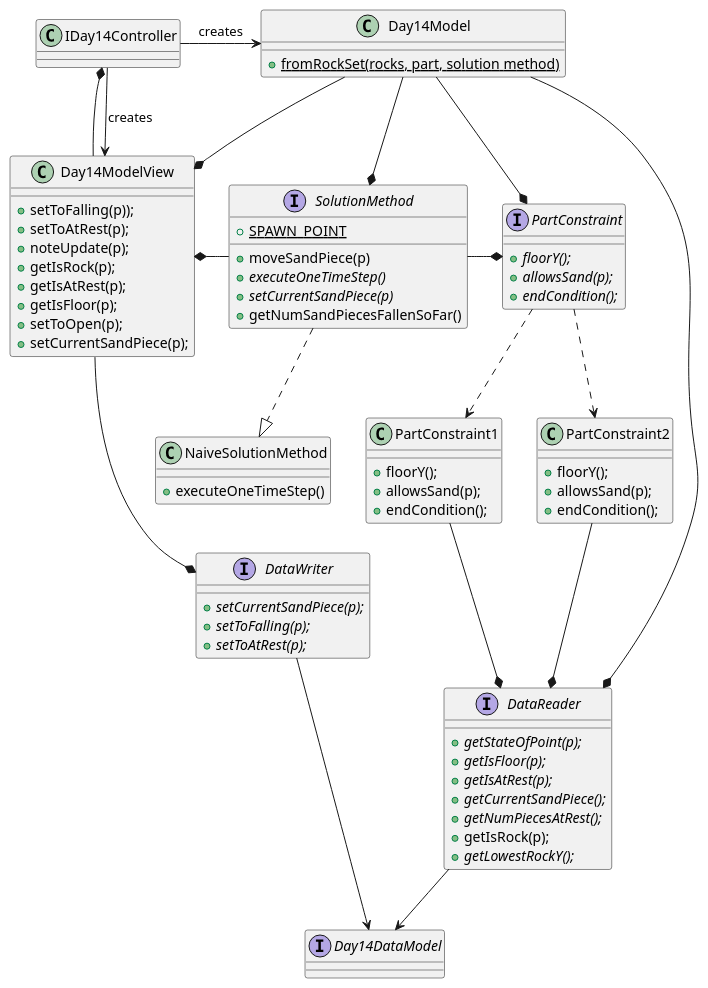
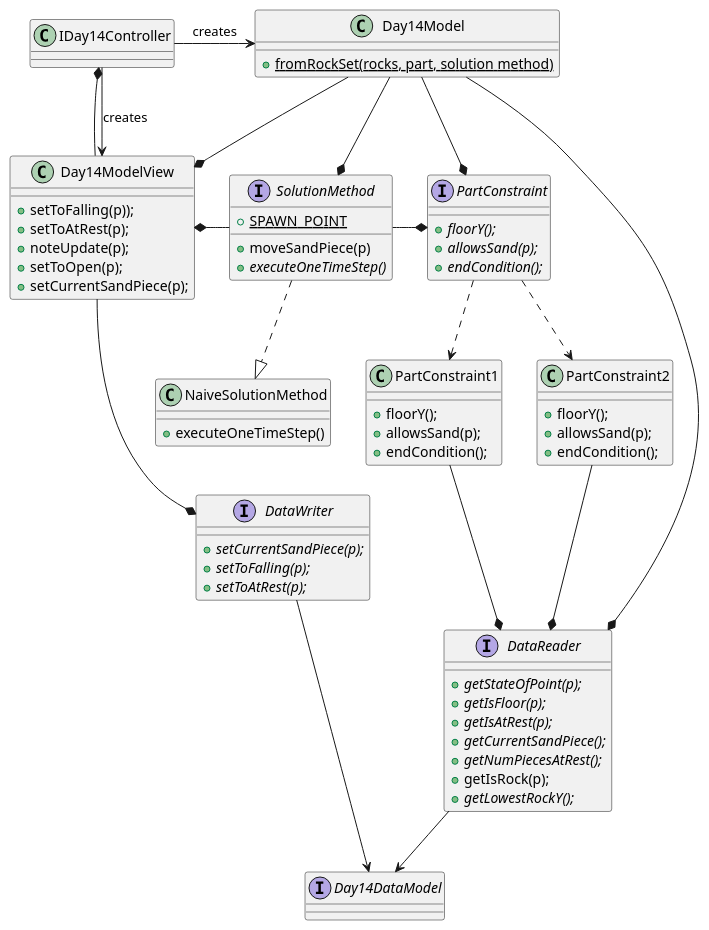
Before and after one commit to jdbr827/AdventOfCode_2019_Java: the diagram in src/year_2022/day_14/UML.puml, drawn with PlantUML. The commit also changed 8 other files, not shown here.

```diff
--- a/src/year_2022/day_14/UML.puml
+++ b/src/year_2022/day_14/UML.puml
@@ -1,96 +1,90 @@
 @startuml
 'https://plantuml.com/class-diagram
 
 
 class Day14Model {
 + {static} fromRockSet(rocks, part, solution method)
 
 
 }
 
 Day14Model --* SolutionMethod
 
 interface SolutionMethod {
 + {static} SPAWN_POINT
 + moveSandPiece(p)
 +{abstract} executeOneTimeStep()
-+{abstract} setCurrentSandPiece(p)
-+ getNumSandPiecesFallenSoFar()
-
 }
 
 DataReader --> Day14DataModel
 DataWriter --> Day14DataModel
 
 
 SolutionMethod ..|> NaiveSolutionMethod
 class NaiveSolutionMethod {
 + executeOneTimeStep()
 }
 
 Day14ModelView *- SolutionMethod
 
 class Day14ModelView {
 + setToFalling(p));
 + setToAtRest(p);
 + noteUpdate(p);
-+ getIsRock(p);
-+ getIsAtRest(p);
-+ getIsFloor(p);
 + setToOpen(p);
 + setCurrentSandPiece(p);
 }
 
 Day14Model --* Day14ModelView
 
 IDay14Controller *-- Day14ModelView
 Day14ModelView --* DataWriter
 
 interface DataReader {
 + {abstract} getStateOfPoint(p);
 + {abstract} getIsFloor(p);
 + {abstract} getIsAtRest(p);
 + {abstract} getCurrentSandPiece();
 + {abstract} getNumPiecesAtRest();
 + getIsRock(p);
 + {abstract}getLowestRockY();
 }
 
 interface DataWriter {
 + {abstract} setCurrentSandPiece(p);
 + {abstract} setToFalling(p);
 + {abstract} setToAtRest(p);
 
 }
 interface Day14DataModel {}
 
 
 
 interface PartConstraint {
 + {abstract} floorY();
 + {abstract} allowsSand(p);
 + {abstract} endCondition();
 }
 
 PartConstraint ..> PartConstraint2
 PartConstraint ..> PartConstraint1
 
 class PartConstraint1 {
     +floorY();
     +allowsSand(p);
     +endCondition();
 }
 class PartConstraint2 {
 + floorY();
 + allowsSand(p);
 + endCondition();
 }
 SolutionMethod -* PartConstraint
 PartConstraint1 --* DataReader
 PartConstraint2 --* DataReader
 
 IDay14Controller --> Day14ModelView : "creates"
 IDay14Controller -> Day14Model: "creates"
 Day14Model -* DataReader
 Day14Model --* PartConstraint
 @enduml
```
